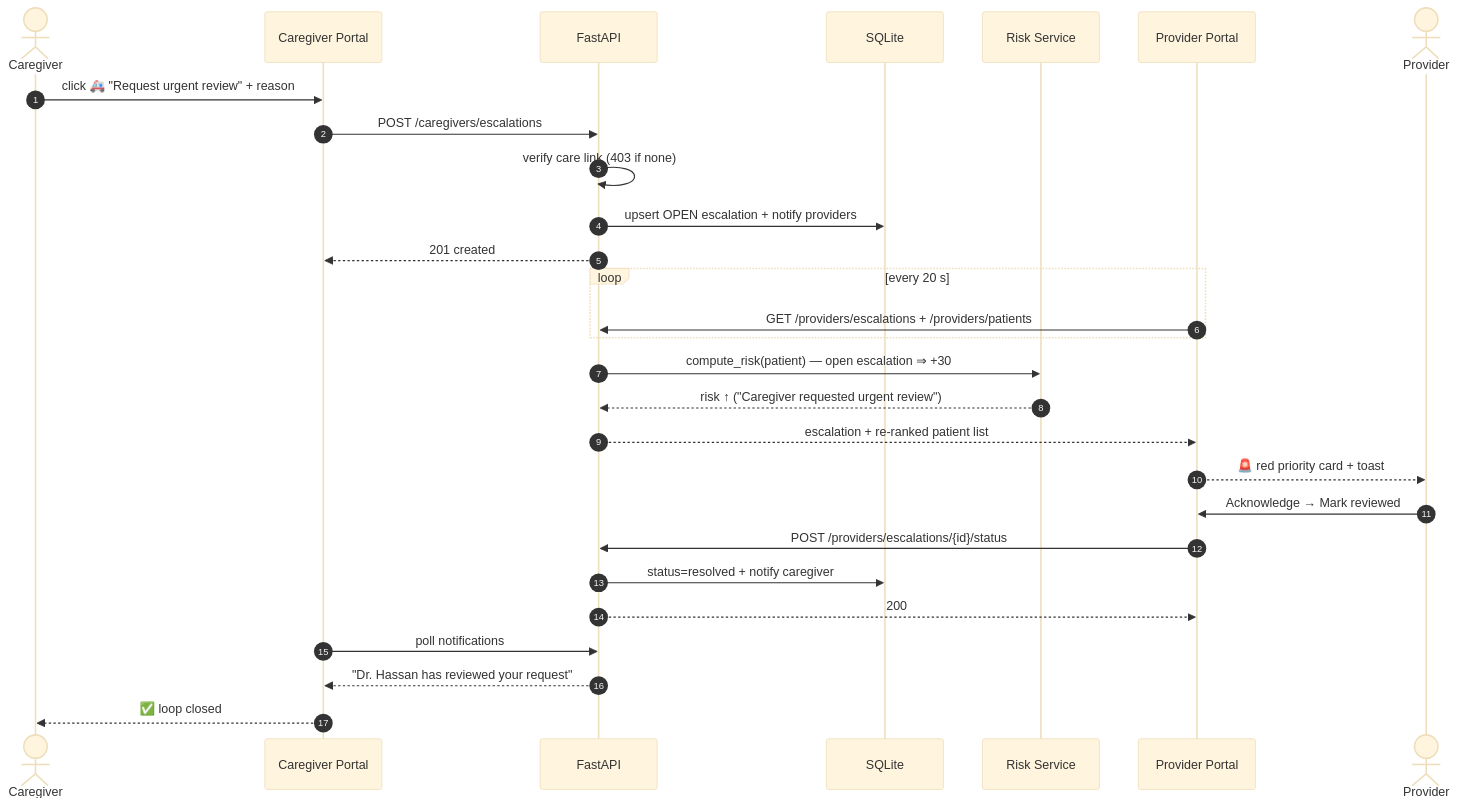
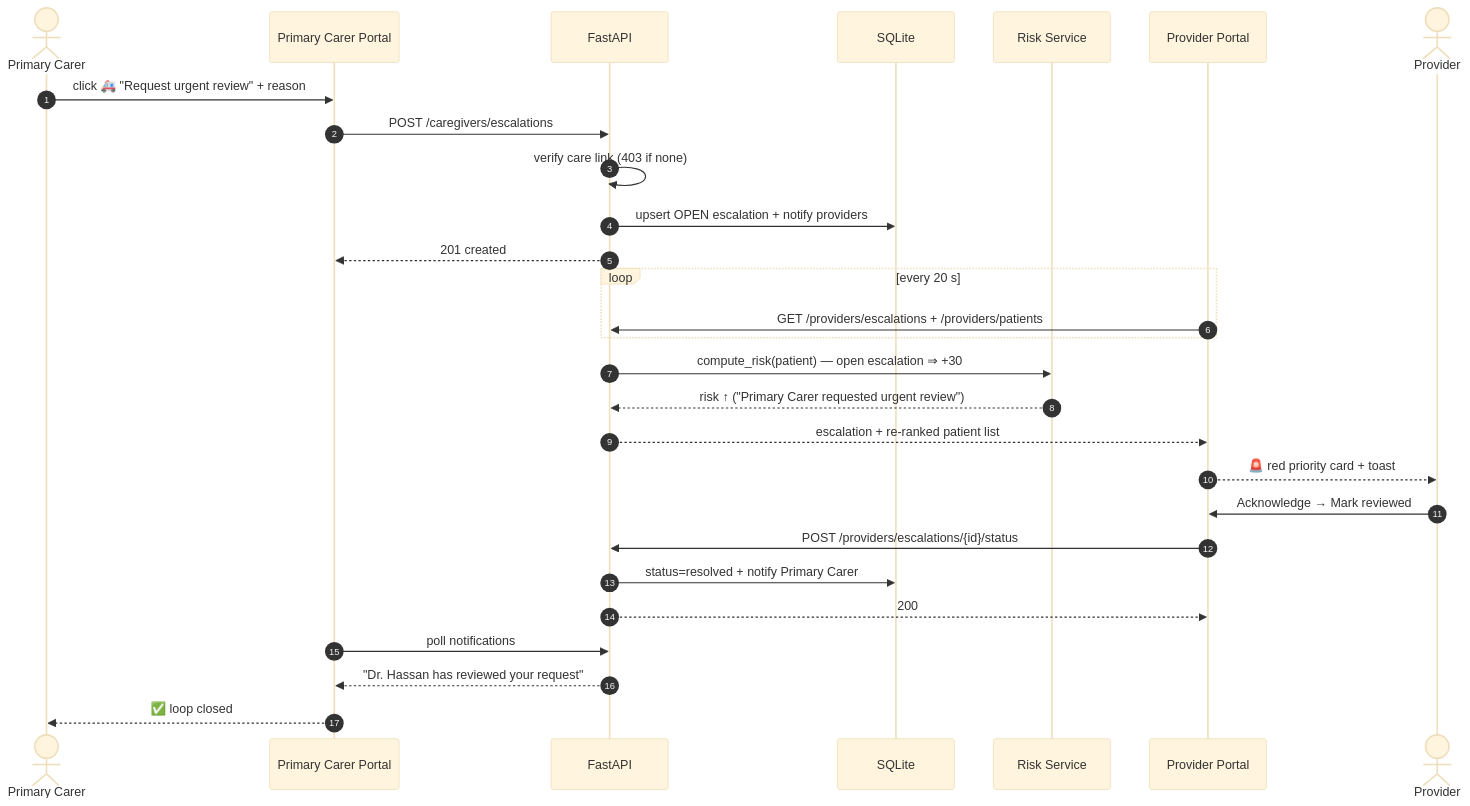
Before and after one commit to KhadejaAhmedKZ/Sanadi-AI: the fourth of 8 diagrams in docs/DESIGN.md, drawn with Mermaid (base theme). The commit also changed other lines of this file and 19 other files, not shown here.

````diff
--- a/docs/DESIGN.md
+++ b/docs/DESIGN.md
@@ -144,34 +144,34 @@
 ```mermaid
 sequenceDiagram
     autonumber
-    actor Cg as Caregiver
-    participant CFE as Caregiver Portal
+    actor Cg as Primary Carer
+    participant CFE as Primary Carer Portal
     participant API as FastAPI
     participant DB as SQLite
     participant RS as Risk Service
     participant PFE as Provider Portal
     actor Dr as Provider
 
     Cg->>CFE: click 🚑 "Request urgent review" + reason
     CFE->>API: POST /caregivers/escalations
     API->>API: verify care link (403 if none)
     API->>DB: upsert OPEN escalation + notify providers
     API-->>CFE: 201 created
 
     loop every 20 s
         PFE->>API: GET /providers/escalations + /providers/patients
     end
     API->>RS: compute_risk(patient) — open escalation ⇒ +30
-    RS-->>API: risk ↑ ("Caregiver requested urgent review")
+    RS-->>API: risk ↑ ("Primary Carer requested urgent review")
     API-->>PFE: escalation + re-ranked patient list
     PFE-->>Dr: 🚨 red priority card + toast
 
     Dr->>PFE: Acknowledge → Mark reviewed
     PFE->>API: POST /providers/escalations/{id}/status
-    API->>DB: status=resolved + notify caregiver
+    API->>DB: status=resolved + notify Primary Carer
     API-->>PFE: 200
 
     CFE->>API: poll notifications
     API-->>CFE: "Dr. Hassan has reviewed your request"
     CFE-->>Cg: ✅ loop closed
 ```
````
